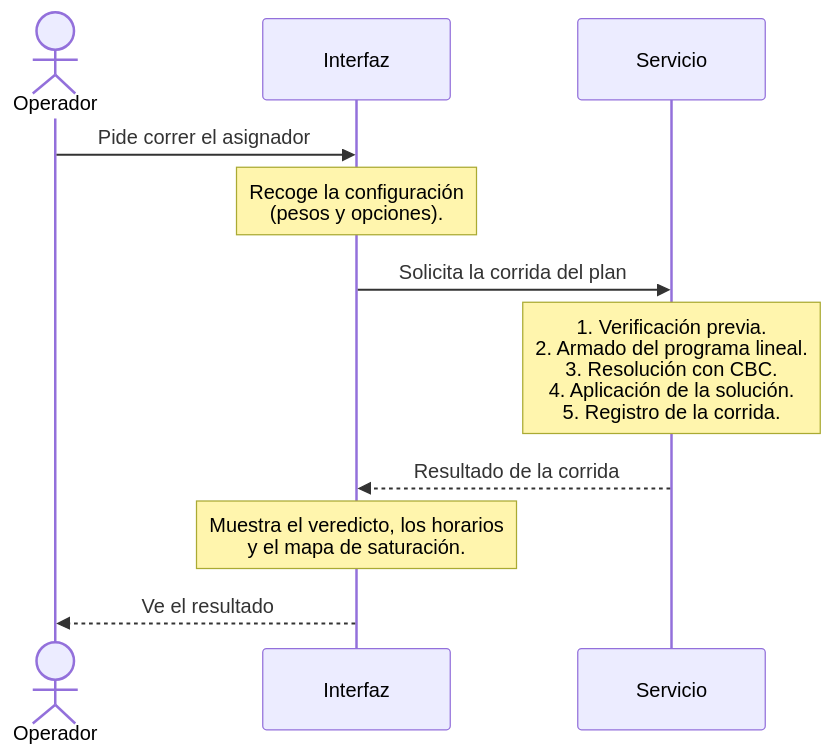
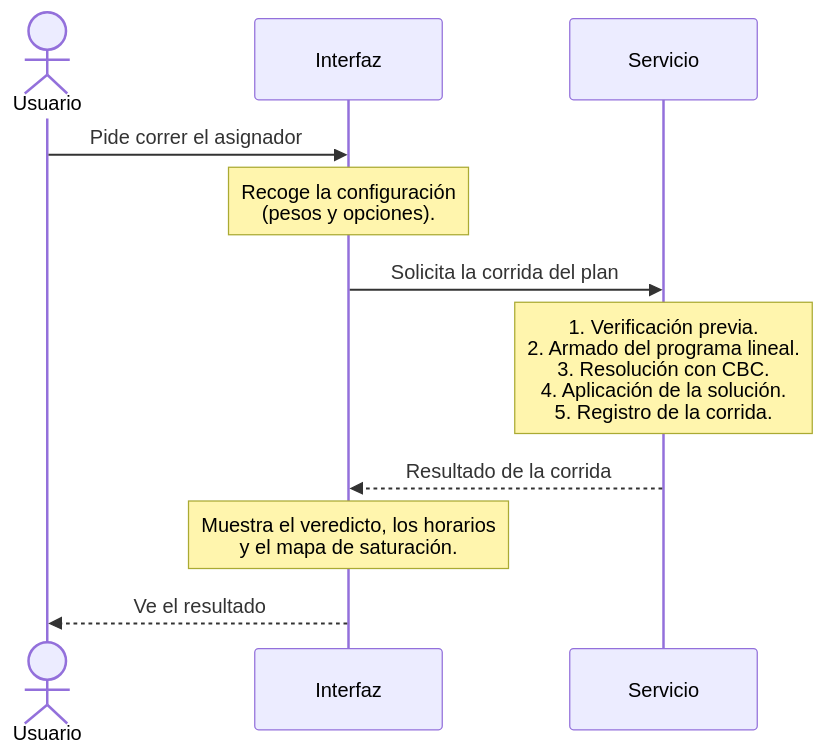
Before and after one commit to l-antonelli/gestor-aulas: the third of 3 diagrams in project/Informe/cap07_arquitectura.md, drawn with Mermaid. The commit also changed other lines of this file and 178 other files, not shown here.

````diff
--- a/project/Informe/cap07_arquitectura.md
+++ b/project/Informe/cap07_arquitectura.md
@@ -225,14 +352,14 @@
 ```mermaid
 sequenceDiagram
-    actor U as Operador
+    actor U as Usuario
     participant I as Interfaz
     participant S as Servicio
 
     U->>I: Pide correr el asignador
     Note over I: Recoge la configuración<br/>(pesos y opciones).
     I->>S: Solicita la corrida del plan
     Note over S: 1. Verificación previa.<br/>2. Armado del programa lineal.<br/>3. Resolución con CBC.<br/>4. Aplicación de la solución.<br/>5. Registro de la corrida.
     S-->>I: Resultado de la corrida
     Note over I: Muestra el veredicto, los horarios<br/>y el mapa de saturación.
     I-->>U: Ve el resultado
 ```
````
